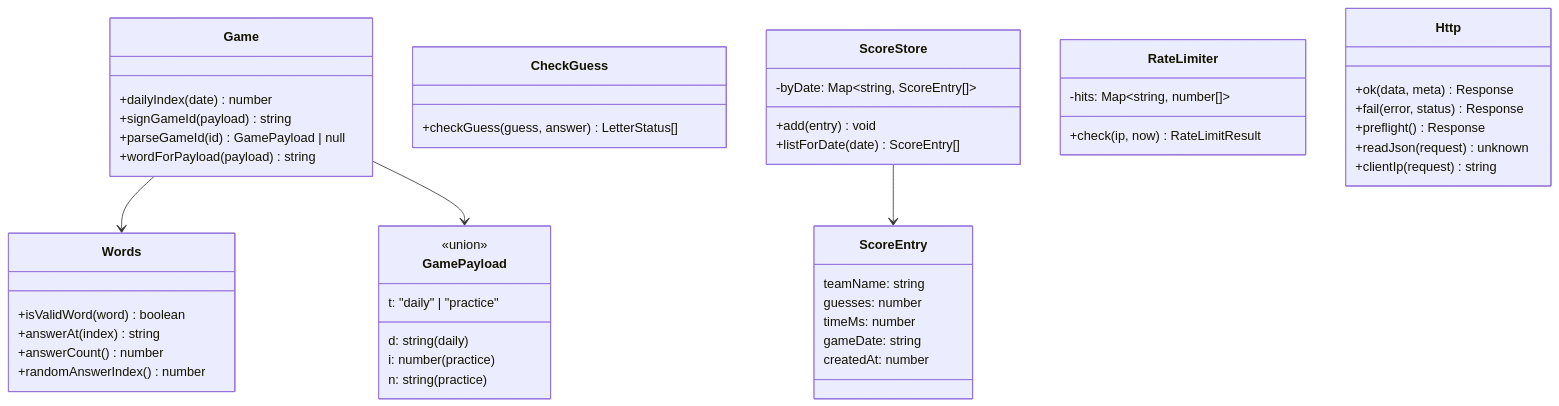
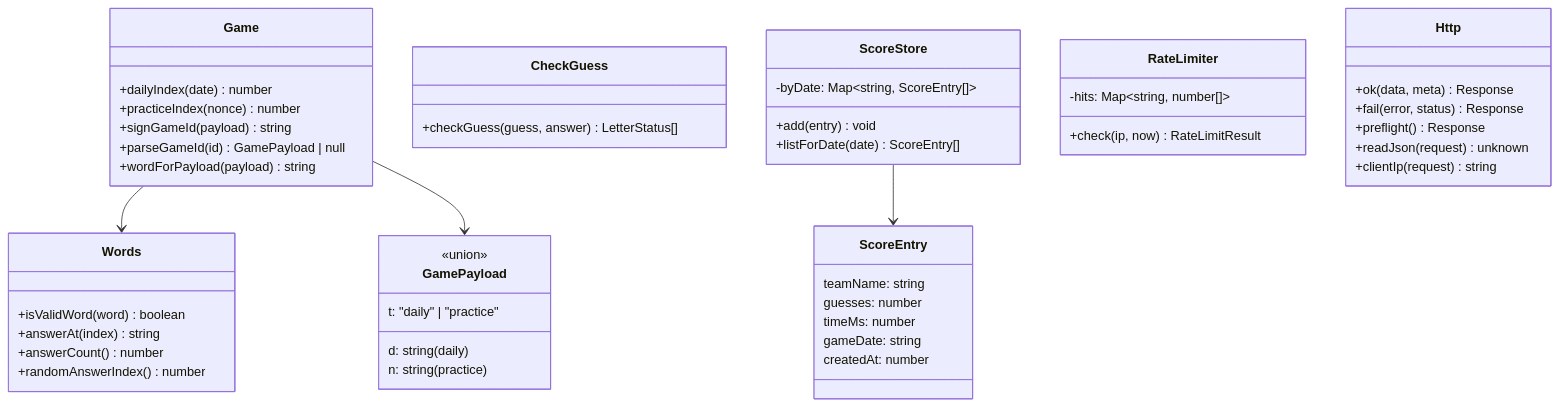
The diagram in specs/classDiagram.md (molindemol/sitWordleApi), drawn with Mermaid before and after one commit. The commit also changed 6 other files, not shown here.

Commit message:
fix: derive practice word from HMAC over the nonce so the game id never carries the answer index (review)

````diff
--- a/specs/classDiagram.md
+++ b/specs/classDiagram.md
@@ -3,51 +3,51 @@
 ```mermaid
 classDiagram
   class GamePayload {
     <<union>>
     t: "daily" | "practice"
     d: string (daily)
-    i: number (practice)
     n: string (practice)
   }
   class Game {
     +dailyIndex(date) number
+    +practiceIndex(nonce) number
     +signGameId(payload) string
     +parseGameId(id) GamePayload | null
     +wordForPayload(payload) string
   }
   class Words {
     +isValidWord(word) boolean
     +answerAt(index) string
     +answerCount() number
     +randomAnswerIndex() number
   }
   class CheckGuess {
     +checkGuess(guess, answer) LetterStatus[]
   }
   class ScoreEntry {
     teamName: string
     guesses: number
     timeMs: number
     gameDate: string
     createdAt: number
   }
   class ScoreStore {
     -byDate: Map~string, ScoreEntry[]~
     +add(entry) void
     +listForDate(date) ScoreEntry[]
   }
   class RateLimiter {
     -hits: Map~string, number[]~
     +check(ip, now) RateLimitResult
   }
   class Http {
     +ok(data, meta) Response
     +fail(error, status) Response
     +preflight() Response
     +readJson(request) unknown
     +clientIp(request) string
   }
   Game --> Words
   Game --> GamePayload
   ScoreStore --> ScoreEntry
 ```
````
